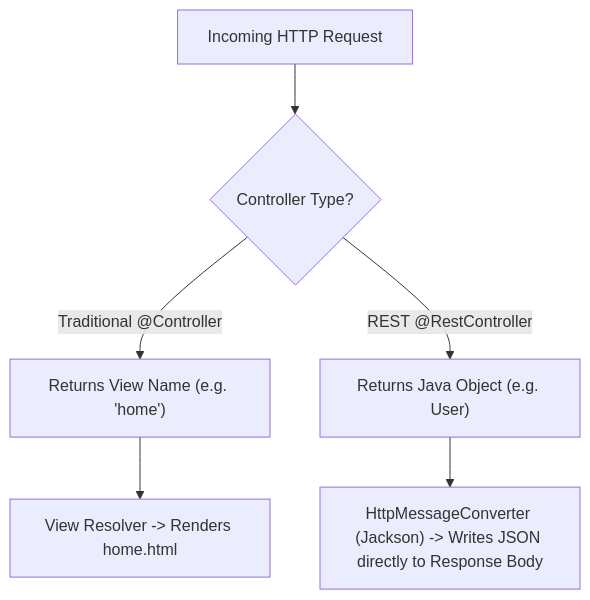
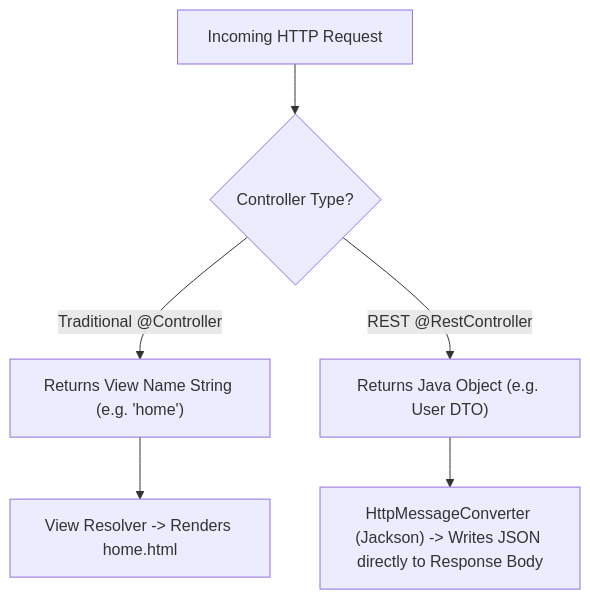
One commit to rohithgowda18/Notes changed the third of 23 diagrams in 06-Java-and-Spring-Boot/Spring Boot Interview Guide.md. Above: the diagram before and after it, drawn with Mermaid. The commit also changed other lines of this file, not shown here.

````diff
--- a/06-Java-and-Spring-Boot/Spring Boot Interview Guide.md
+++ b/06-Java-and-Spring-Boot/Spring Boot Interview Guide.md
@@ -181,6 +186,6 @@
 ```mermaid
 flowchart TD
     Req["Incoming HTTP Request"] --> Router{"Controller Type?"}
-    Router -->|"Traditional @Controller"| C1["Returns View Name (e.g. 'home')"] --> VR["View Resolver -> Renders home.html"]
-    Router -->|"REST @RestController"| C2["Returns Java Object (e.g. User)"] --> MC["HttpMessageConverter (Jackson) -> Writes JSON directly to Response Body"]
+    Router -->|"Traditional @Controller"| C1["Returns View Name String (e.g. 'home')"] --> VR["View Resolver -> Renders home.html"]
+    Router -->|"REST @RestController"| C2["Returns Java Object (e.g. User DTO)"] --> MC["HttpMessageConverter (Jackson) -> Writes JSON directly to Response Body"]
 ```
````
